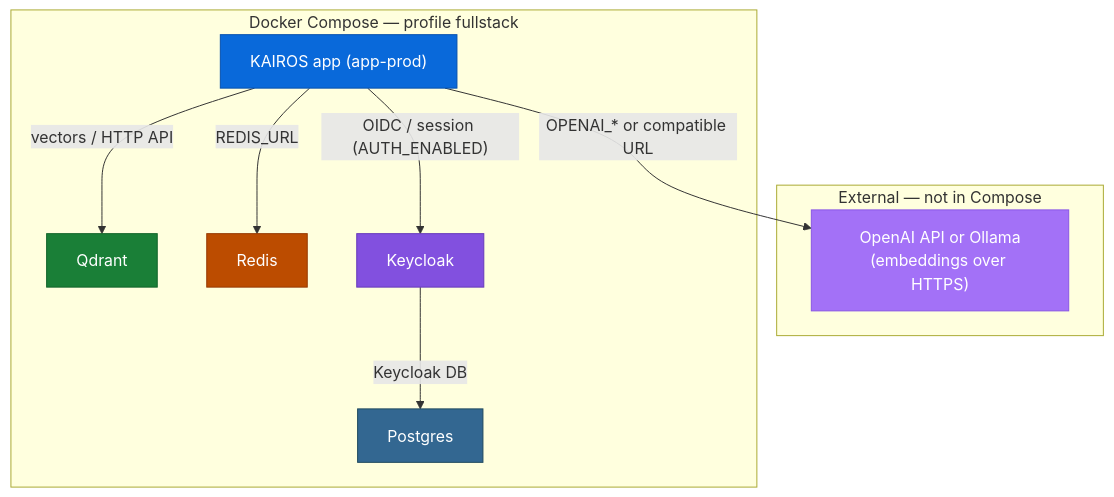
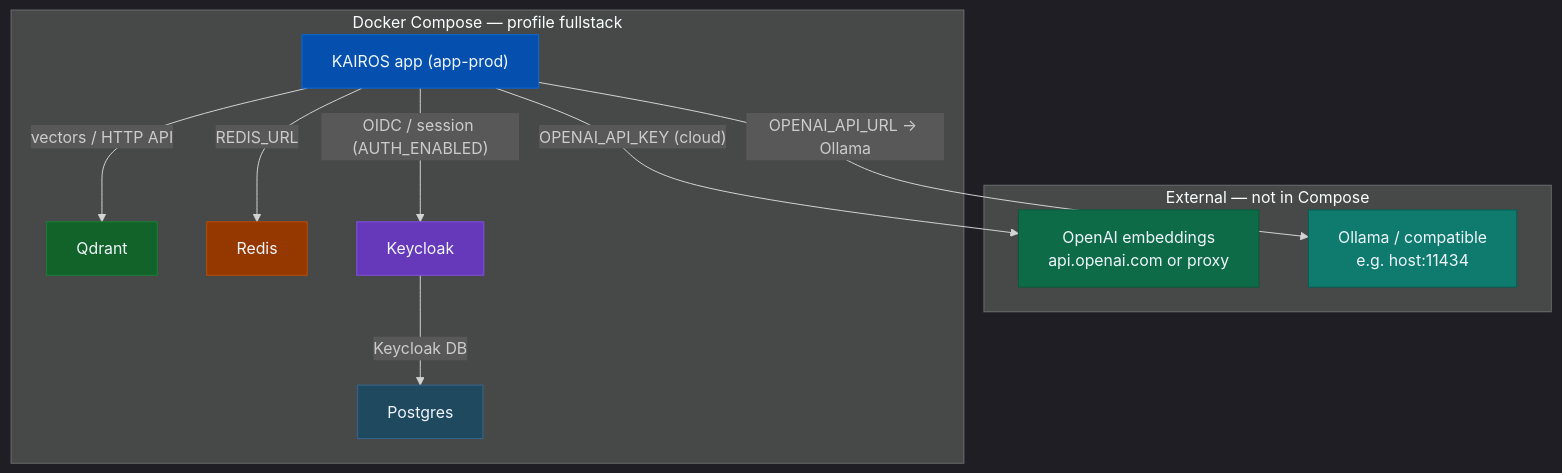
Before and after one commit to debian777/kairos-mcp: the diagram in docs/install/docker-compose-full-stack.md, drawn with Mermaid. The commit also changed other lines of this file and 28 other files, not shown here.

````diff
--- a/docs/install/docker-compose-full-stack.md
+++ b/docs/install/docker-compose-full-stack.md
@@ -175,32 +11,37 @@
 ```mermaid
+%%{init: {'theme': 'dark'}}%%
 flowchart TB
   subgraph ext ["External — not in Compose"]
-    emb["OpenAI API or Ollama<br/>(embeddings over HTTPS)"]
+    openai["OpenAI embeddings<br/>api.openai.com or proxy"]
+    ollama["Ollama / compatible<br/>e.g. host:11434"]
   end
   subgraph dc ["Docker Compose — profile fullstack"]
     app["KAIROS app (app-prod)"]
     qdrant["Qdrant"]
     redis["Redis"]
     pg["Postgres"]
     kc["Keycloak"]
   end
   app -->|"vectors / HTTP API"| qdrant
   app -->|"REDIS_URL"| redis
   app -->|"OIDC / session (AUTH_ENABLED)"| kc
   kc -->|"Keycloak DB"| pg
-  app -->|"OPENAI_* or compatible URL"| emb
+  app -->|"OPENAI_API_KEY (cloud)"| openai
+  app -->|"OPENAI_API_URL → Ollama"| ollama
 
-  classDef ext fill:#a371f7,stroke:#8957e5,color:#fff
-  classDef appN fill:#0969da,stroke:#0550ae,color:#fff
-  classDef vector fill:#1a7f37,stroke:#116329,color:#fff
-  classDef cache fill:#bc4c00,stroke:#953800,color:#fff
-  classDef db fill:#336791,stroke:#1f495e,color:#fff
-  classDef idp fill:#8250df,stroke:#6639ba,color:#fff
+  classDef embOpenAI fill:#0d6b48,stroke:#0a5a3c,color:#f0f6fc
+  classDef embOllama fill:#0e7b6e,stroke:#0a5c52,color:#f0f6fc
+  classDef appN fill:#0550ae,stroke:#0969da,color:#f0f6fc
+  classDef vector fill:#116329,stroke:#1a7f37,color:#f0f6fc
+  classDef cache fill:#953800,stroke:#bc4c00,color:#f0f6fc
+  classDef db fill:#1f495e,stroke:#336791,color:#f0f6fc
+  classDef idp fill:#6639ba,stroke:#8250df,color:#f0f6fc
 
-  class emb ext
+  class openai embOpenAI
+  class ollama embOllama
   class app appN
   class qdrant vector
   class redis cache
   class pg db
   class kc idp
 ```
````
